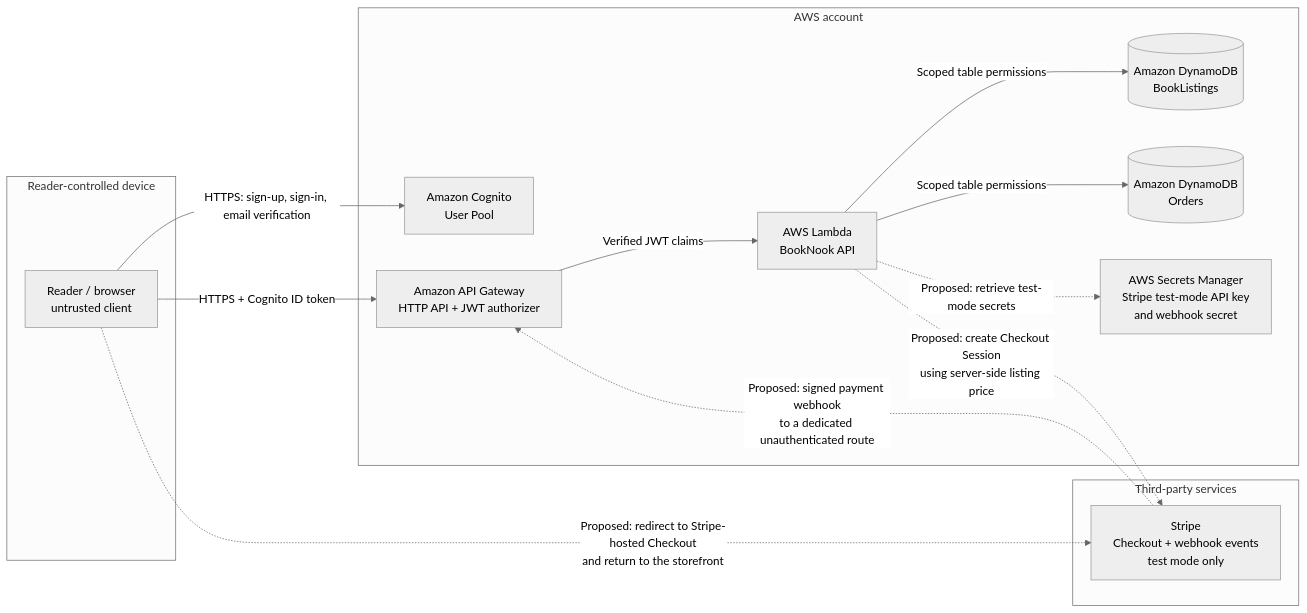
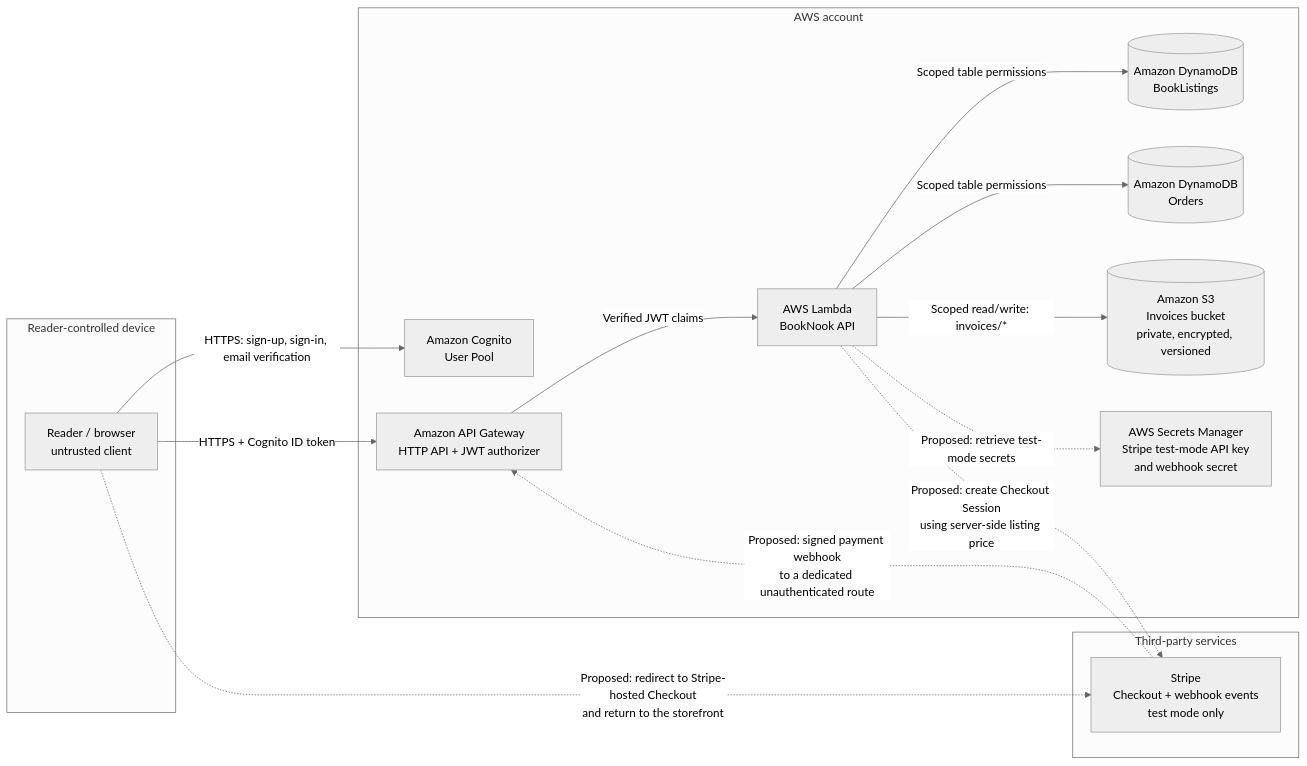
One commit to mikolajlowiec-cpu/booknook-platform changed the diagram in docs/architecture.md. Above: the diagram before and after it, drawn with Mermaid (neutral theme). The commit also changed other lines of this file and 2 other files, not shown here.

Commit message:
Add private S3 invoice bucket

````diff
--- a/docs/architecture.md
+++ b/docs/architecture.md
@@ -7,27 +7,29 @@
 ```mermaid
 flowchart LR
   subgraph client["Reader-controlled device"]
     reader["Reader / browser<br/>untrusted client"]
   end
   subgraph aws["AWS account"]
     cognito["Amazon Cognito<br/>User Pool"]
     api["Amazon API Gateway<br/>HTTP API + JWT authorizer"]
     lambda["AWS Lambda<br/>BookNook API"]
     books[("Amazon DynamoDB<br/>BookListings")]
     orders[("Amazon DynamoDB<br/>Orders")]
+    invoices[("Amazon S3<br/>Invoices bucket<br/>private, encrypted, versioned")]
     secrets["AWS Secrets Manager<br/>Stripe test-mode API key<br/>and webhook secret"]
   end
   subgraph thirdparty["Third-party services"]
     stripe["Stripe<br/>Checkout + webhook events<br/>test mode only"]
   end
 
   reader -->|"HTTPS: sign-up, sign-in, email verification"| cognito
   reader -->|"HTTPS + Cognito ID token"| api
   api -->|"Verified JWT claims"| lambda
   lambda -->|"Scoped table permissions"| books
   lambda -->|"Scoped table permissions"| orders
+  lambda -->|"Scoped read/write: invoices/*"| invoices
   lambda -.->|"Proposed: create Checkout Session<br/>using server-side listing price"| stripe
   lambda -.->|"Proposed: retrieve test-mode secrets"| secrets
   reader -.->|"Proposed: redirect to Stripe-hosted Checkout<br/>and return to the storefront"| stripe
   stripe -.->|"Proposed: signed payment webhook<br/>to a dedicated unauthenticated route"| api
 ```
````
